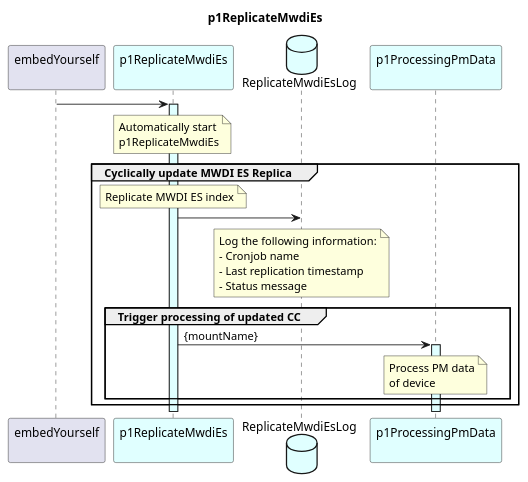
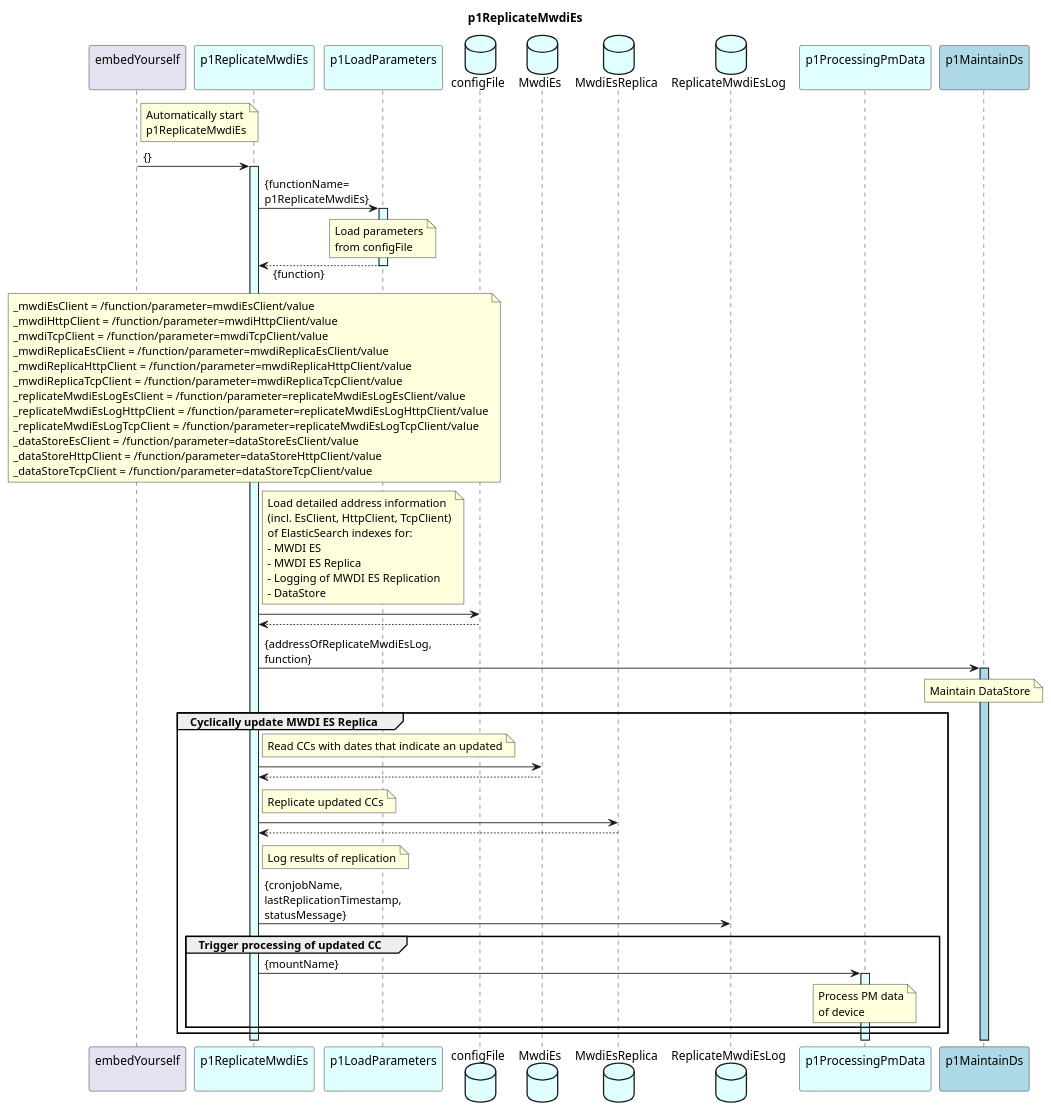
Before and after one commit to openBackhaul/DevicePerformanceManagementDataProcessor: the diagram in spec/Functions/specificFunctions/p1ReplicateMwdiEs/p1ReplicateMwdiEs.plantuml, drawn with PlantUML. The commit also changed 5 other files, not shown here.

Commit message:
Describe p1ReplicateMwdiEs

```diff
--- a/spec/Functions/specificFunctions/p1ReplicateMwdiEs/p1ReplicateMwdiEs.plantuml
+++ b/spec/Functions/specificFunctions/p1ReplicateMwdiEs/p1ReplicateMwdiEs.plantuml
@@ -1,48 +1,99 @@
 @startuml p1ReplicateMwdiEs
 skinparam responseMessageBelowArrow true
 
 title
   p1ReplicateMwdiEs
 end title
 
 participant "embedYourself\n" as embed
 participant "p1ReplicateMwdiEs\n" as p1RMWDI #LightCyan
+participant "p1LoadParameters\n" as p1LP #LightCyan
+database "configFile" as configFile #LightCyan
+
+database "MwdiEs" as mwdiEs #LightCyan
+database "MwdiEsReplica" as mwdiEsReplica #LightCyan
 database "ReplicateMwdiEsLog" as log #LightCyan
+
 participant "p1ProcessingPmData\n" as p1ProOrch #LightCyan
+participant "p1MaintainDs\n" as p1MDS #LightBlue
 
-embed -> p1RMWDI
-activate p1RMWDI #LightCyan
-
-note over p1RMWDI
+note right embed
   Automatically start
   p1ReplicateMwdiEs
 end note
+embed -> p1RMWDI : {}
+activate p1RMWDI #LightCyan
 
-group Cyclically update MWDI ES Replica
+  p1RMWDI -> p1LP : {functionName=\np1ReplicateMwdiEs}
+  activate p1LP #LightCyan
+    note over p1LP
+      Load parameters
+      from configFile
+    end note
+  p1RMWDI <-- p1LP : {function}
+  deactivate p1LP
 
   note over p1RMWDI
-    Replicate MWDI ES index
+    _mwdiEsClient = /function/parameter=mwdiEsClient/value
+    _mwdiHttpClient = /function/parameter=mwdiHttpClient/value
+    _mwdiTcpClient = /function/parameter=mwdiTcpClient/value
+    _mwdiReplicaEsClient = /function/parameter=mwdiReplicaEsClient/value
+    _mwdiReplicaHttpClient = /function/parameter=mwdiReplicaHttpClient/value
+    _mwdiReplicaTcpClient = /function/parameter=mwdiReplicaTcpClient/value
+    _replicateMwdiEsLogEsClient = /function/parameter=replicateMwdiEsLogEsClient/value
+    _replicateMwdiEsLogHttpClient = /function/parameter=replicateMwdiEsLogHttpClient/value
+    _replicateMwdiEsLogTcpClient = /function/parameter=replicateMwdiEsLogTcpClient/value
+    _dataStoreEsClient = /function/parameter=dataStoreEsClient/value
+    _dataStoreHttpClient = /function/parameter=dataStoreHttpClient/value
+    _dataStoreTcpClient = /function/parameter=dataStoreTcpClient/value
   end note
 
-  p1RMWDI -> log
-  note over log
-    Log the following information:
-    - Cronjob name
-    - Last replication timestamp
-    - Status message
+  note right p1RMWDI
+    Load detailed address information 
+    (incl. EsClient, HttpClient, TcpClient)
+    of ElasticSearch indexes for:
+    - MWDI ES
+    - MWDI ES Replica
+    - Logging of MWDI ES Replication
+    - DataStore
   end note
-  
-  group Trigger processing of updated CC
-    p1RMWDI -> p1ProOrch : {mountName}
-    activate p1ProOrch #LightCyan
+  p1RMWDI -> configFile
+  p1RMWDI <-- configFile
 
-      note over p1ProOrch
-        Process PM data
-        of device
-      end note
+  p1RMWDI -> p1MDS : {addressOfReplicateMwdiEsLog,\nfunction}
+  activate p1MDS #LightBlue
+    note over p1MDS
+      Maintain DataStore
+    end note
+
+  group Cyclically update MWDI ES Replica
+
+    note right p1RMWDI
+      Read CCs with dates that indicate an updated
+    end note
+    p1RMWDI -> mwdiEs
+    p1RMWDI <-- mwdiEs
+
+    note right p1RMWDI
+      Replicate updated CCs
+    end note
+    p1RMWDI -> mwdiEsReplica
+    p1RMWDI <-- mwdiEsReplica
+
+    note right p1RMWDI
+      Log results of replication
+    end note
+    p1RMWDI -> log : {cronjobName,\nlastReplicationTimestamp,\nstatusMessage}
+
+    group Trigger processing of updated CC
+      p1RMWDI -> p1ProOrch : {mountName}
+      activate p1ProOrch #LightCyan
+        note over p1ProOrch
+          Process PM data
+          of device
+        end note
+    end
 
   end
 
-end
-
 @enduml
```
